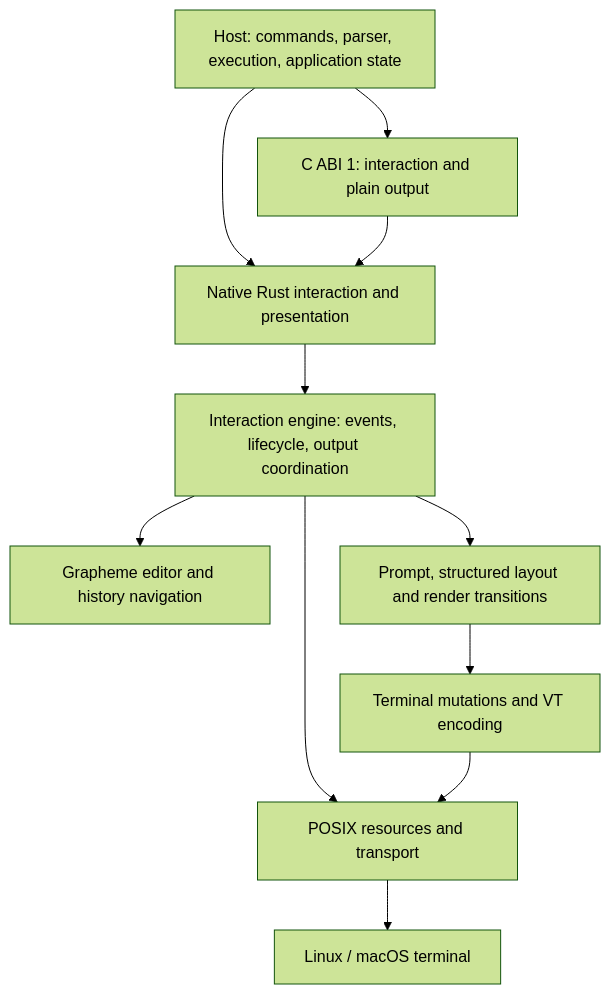
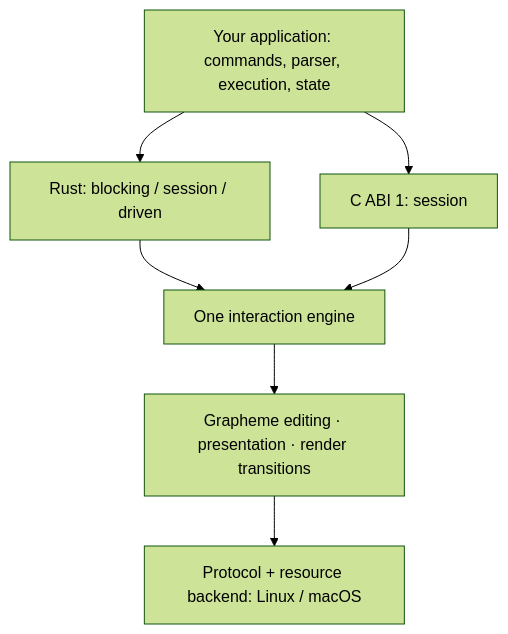
One commit to mothx9/replai changed the diagram in README.md. Above: the diagram before and after it, drawn with Mermaid (forest theme). The commit also changed other lines of this file, not shown here.

Commit message:
docs: present REPLAI as an embeddable terminal product

````diff
--- a/README.md
+++ b/README.md
@@ -77,13 +274,9 @@
 ```mermaid
 flowchart TD
-    Host["Host: commands, parser, execution, application state"] --> Rust["Native Rust interaction and presentation"]
-    Host --> C["C ABI 1: interaction and plain output"]
-    C --> Rust
-    Rust --> Engine["Interaction engine: events, lifecycle, output coordination"]
-    Engine --> Editor["Grapheme editor and history navigation"]
-    Engine --> Presentation["Prompt, structured layout and render transitions"]
-    Presentation --> Protocol["Terminal mutations and VT encoding"]
-    Engine --> System["POSIX resources and transport"]
-    Protocol --> System
-    System --> Terminal["Linux / macOS terminal"]
+    Host["Your application: commands, parser, execution, state"] --> Rust["Rust: blocking / session / driven"]
+    Host --> C["C ABI 1: session"]
+    Rust --> Engine["One interaction engine"]
+    C --> Engine
+    Engine --> Core["Grapheme editing · presentation · render transitions"]
+    Core --> Terminal["Protocol + resource backend: Linux / macOS"]
 ```
````
